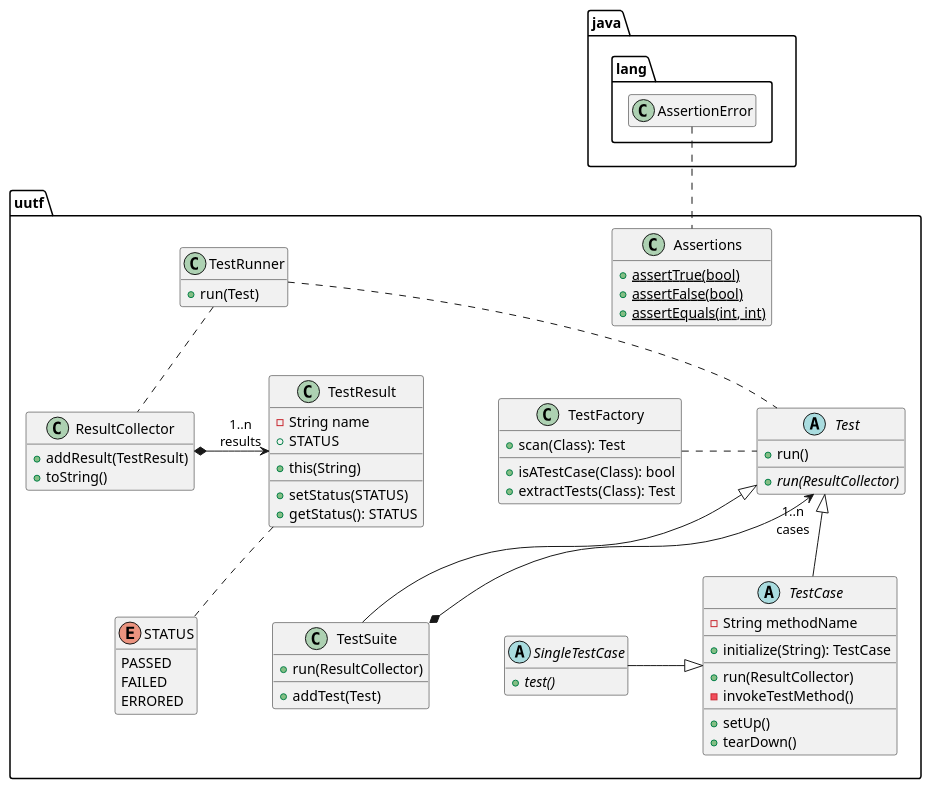
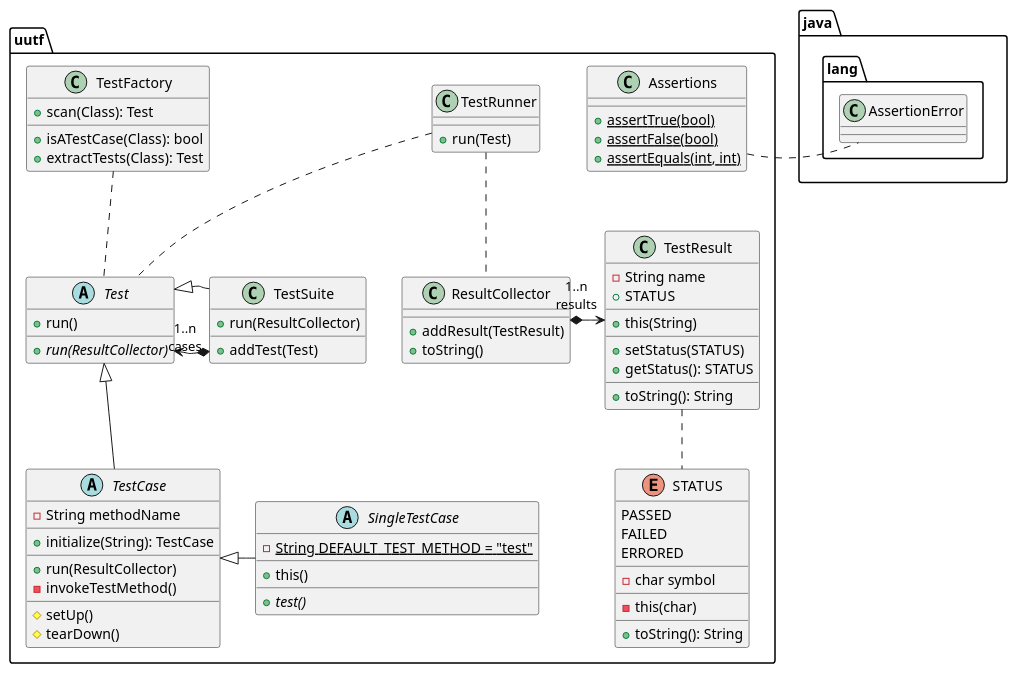
One commit to ace-lectures/inf5153-junit-demo changed the diagram in docs/uml/6bis_integration_java.puml. Above: the diagram before and after it, drawn with PlantUML. The commit also changed 24 other files, not shown here.

```diff
--- a/docs/uml/6bis_integration_java.puml
+++ b/docs/uml/6bis_integration_java.puml
@@ -1,105 +1,117 @@
 @startuml
 
-skinparam nodesep 75
-skinparam ranksep 50
-hide empty members
+
+
 
 package uutf {
+
+  class TestFactory {
+    + scan(Class): Test
+    __
+    + isATestCase(Class): bool
+    + extractTests(Class): Test
+  }
+
+  TestFactory .. Test
 
   class Assertions {
     + {static} assertTrue(bool)
     + {static} assertFalse(bool)
     + {static} assertEquals(int, int)
   }
 
   abstract class Test {
     + run()
     __
     + {abstract} run(ResultCollector)
   }
 
-  together {
   abstract class TestCase {
     - String methodName
     __
     + initialize(String): TestCase
     __
     + run(ResultCollector)
     - invokeTestMethod()
     __
-    + setUp()
-    + tearDown()
+    # setUp()
+    # tearDown()
   }
 
   abstract class SingleTestCase {
-      + {abstract} test()
+    - {static} String DEFAULT_TEST_METHOD = "test"
+    __
+    + this()
+    __
+    + {abstract} test()
   }
 
-  SingleTestCase -|> TestCase
-}
+  TestCase <|- SingleTestCase
 
-
-  class TestFactory {
-    + scan(Class): Test
-    __
-    + isATestCase(Class): bool
-    + extractTests(Class): Test
-  }
-
-  TestFactory . Test
 
   class TestSuite {
     + run(ResultCollector)
     __
     + addTest(Test)
   }
 
-  TestSuite *--> "1..n\ncases" Test
+  TestSuite *-> "1..n\ncases" Test
 
   class TestRunner {
     + run(Test)
   }
 
   TestRunner .. Test
 
   Test <|-- TestCase
   Test <|-- TestSuite
 
   class ResultCollector {
     + addResult(TestResult)
     + toString()
   }
 
   ResultCollector *-> "1..n\nresults" TestResult
+  TestSuite .[hidden] ResultCollector
+  TestRunner .[hidden] Assertions
 
-enum STATUS {
-  PASSED
-  FAILED
-  ERRORED
-}
 
-class TestResult {
-  - String name
-  + STATUS
-  __
-  + this(String)
-  __
-  + setStatus(STATUS)
-  + getStatus(): STATUS
-}
+  enum STATUS {
+    PASSED
+    FAILED
+    ERRORED
+    __
+    - char symbol
+    __
+    - this(char)
+    __
+    + toString(): String
+  }
+
+  class TestResult {
+    - String name
+    + STATUS
+    __
+    + this(String)
+    __
+    + setStatus(STATUS)
+    + getStatus(): STATUS
+    __
+    + toString(): String
+  }
 
 TestResult .. STATUS
 TestRunner .. ResultCollector
 
 }
 
 package java.lang {
   class AssertionError
 }
 
-AssertionError .. Assertions
+Assertions . AssertionError
 
 
 
 
 @enduml
```
